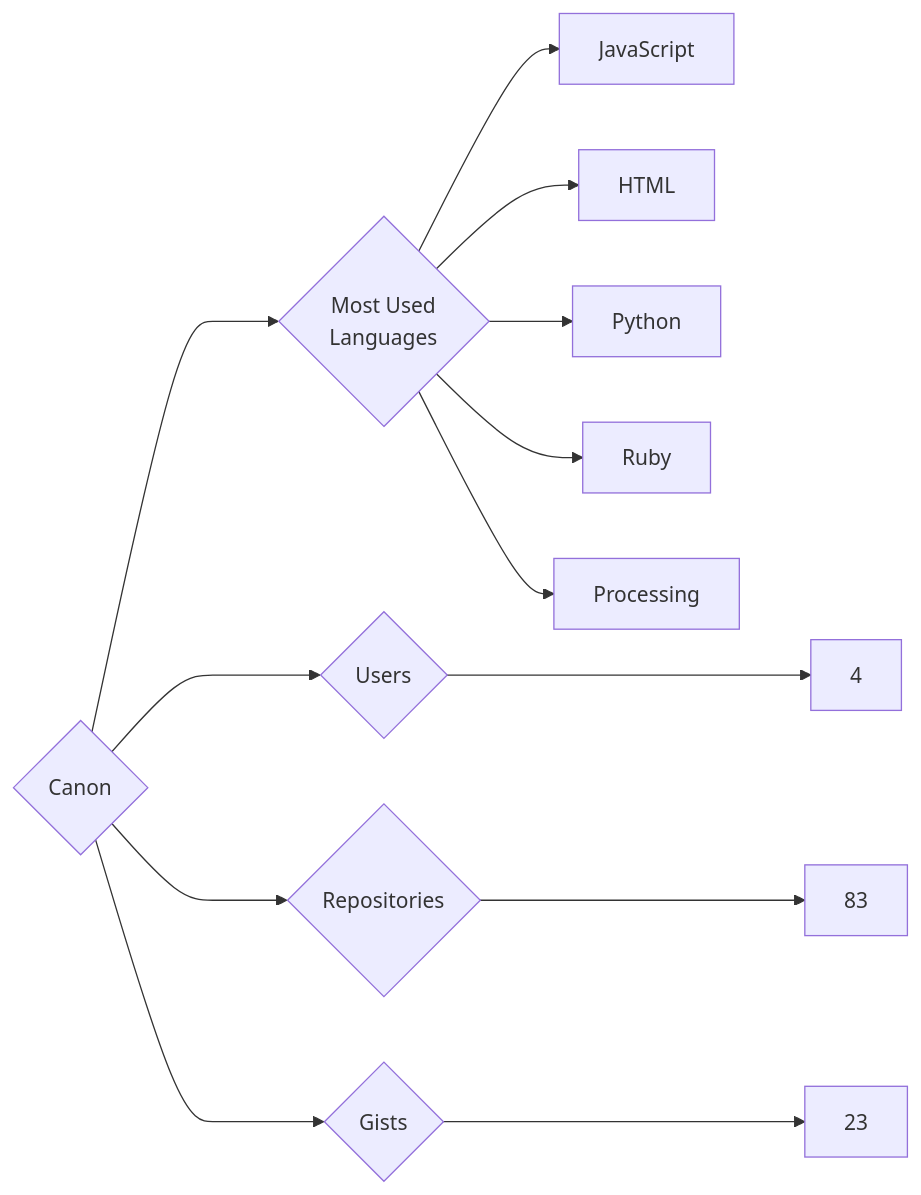
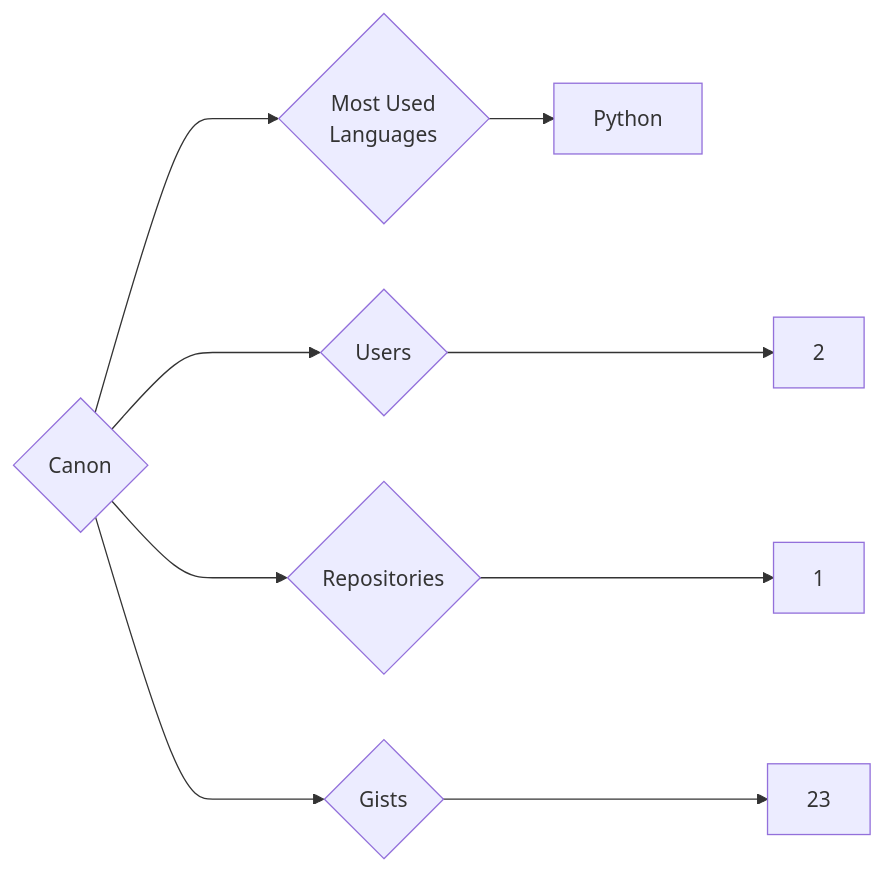
The diagram in targets/Canon/README.md (trickest/insiders), drawn with Mermaid before and after one commit. The commit also changed 1020 other files, not shown here.

````diff
--- a/targets/Canon/README.md
+++ b/targets/Canon/README.md
@@ -3,13 +3,9 @@
 ```mermaid
 graph LR
 COMPANY_NAME{Canon}
-COMPANY_NAME ---> U{Users} ---> UN[4]
-COMPANY_NAME ---> R{Repositories} ---> RN[83]
+COMPANY_NAME ---> U{Users} ---> UN[2]
+COMPANY_NAME ---> R{Repositories} ---> RN[1]
 COMPANY_NAME ---> G{Gists} ---> GN[23]
 COMPANY_NAME ---> ML{Most Used<br>Languages}
-ML --> JavaScript[JavaScript]
-ML --> HTML[HTML]
 ML --> Python[Python]
-ML --> Ruby[Ruby]
-ML --> Processing[Processing]
 ```
````
